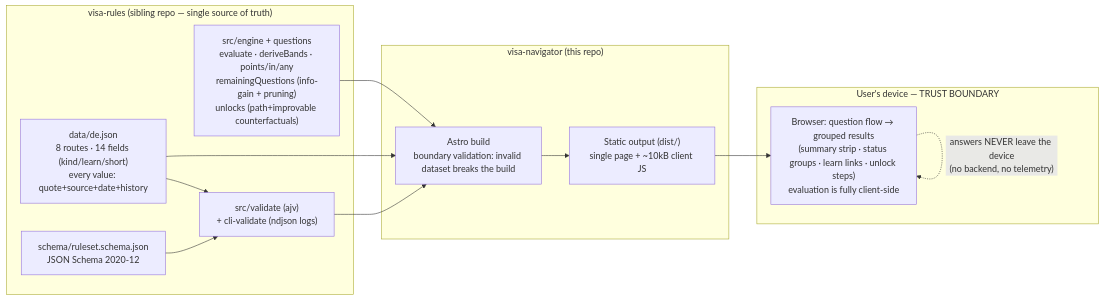
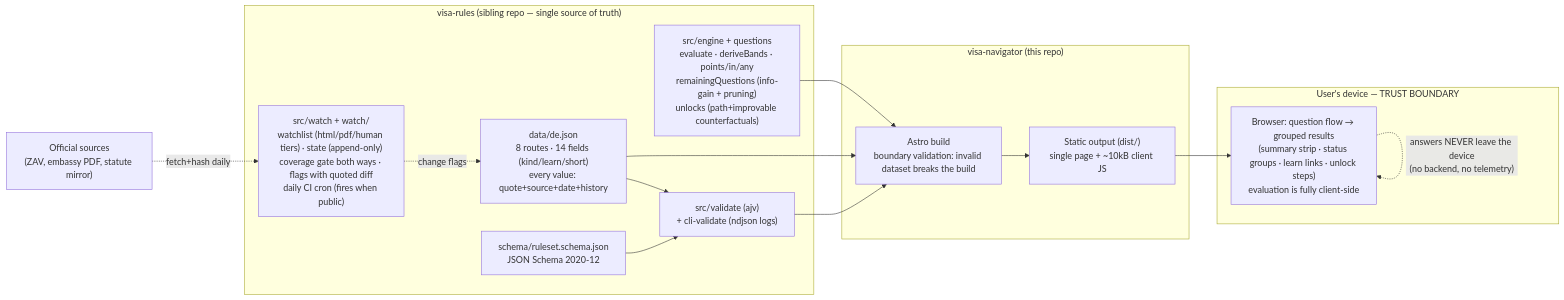
One commit to OytunOnal/permit-rulebook changed the diagram in docs/spine/ARCHITECTURE.md. Above: the diagram before and after it, drawn with Mermaid. The commit also changed other lines of this file and 3 other files, not shown here.

Commit message:
Ledgers: v0.6 real-green (source watch), code-review findings recorded, architecture updated

````diff
--- a/docs/spine/ARCHITECTURE.md
+++ b/docs/spine/ARCHITECTURE.md
@@ -5,24 +5,27 @@
 ```mermaid
 flowchart LR
     subgraph rules["visa-rules (sibling repo — single source of truth)"]
         DATA["data/de.json<br/>8 routes · 14 fields (kind/learn/short)<br/>every value: quote+source+date+history"]
         SCHEMA["schema/ruleset.schema.json<br/>JSON Schema 2020-12"]
         ENGINE["src/engine + questions<br/>evaluate · deriveBands · points/in/any<br/>remainingQuestions (info-gain + pruning)<br/>unlocks (path+improvable counterfactuals)"]
         VALIDATE["src/validate (ajv)<br/>+ cli-validate (ndjson logs)"]
+        WATCH["src/watch + watch/<br/>watchlist (html/pdf/human tiers) · state (append-only)<br/>coverage gate both ways · flags with quoted diff<br/>daily CI cron (fires when public)"]
     end
 
     subgraph nav["visa-navigator (this repo)"]
         BUILD["Astro build<br/>boundary validation: invalid dataset breaks the build"]
         SITE["Static output (dist/)<br/>single page + ~10kB client JS"]
     end
 
     subgraph device["User's device — TRUST BOUNDARY"]
         UI["Browser: question flow → grouped results<br/>(summary strip · status groups · learn links · unlock steps)<br/>evaluation is fully client-side"]
     end
 
+    OFFICIAL["Official sources<br/>(ZAV, embassy PDF, statute mirror)"] -.->|fetch+hash daily| WATCH
+    WATCH -.->|change flags| DATA
     DATA --> VALIDATE --> BUILD
     SCHEMA --> VALIDATE
     DATA --> BUILD
     ENGINE --> BUILD --> SITE --> UI
     UI -. "answers NEVER leave the device<br/>(no backend, no telemetry)" .-> UI
 ```
````
